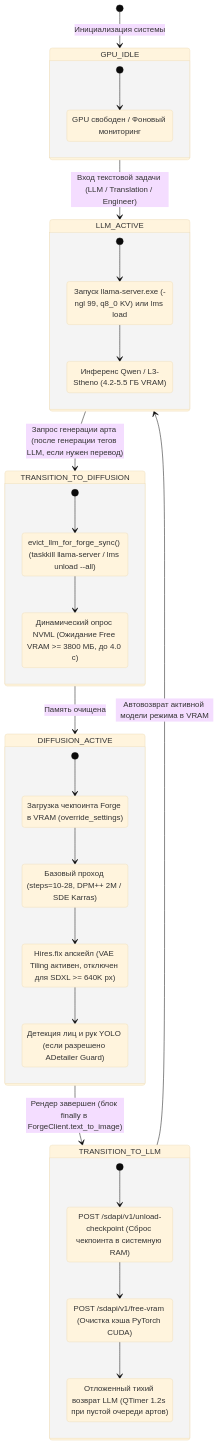
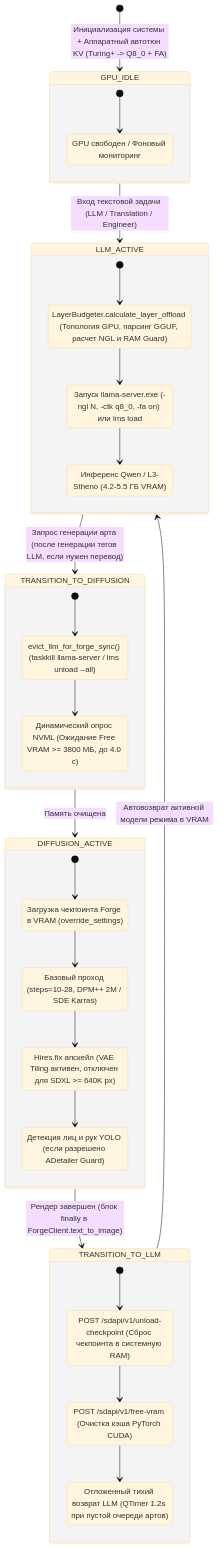
The third of 4 diagrams in docs/architecture.md (ZabotaOblizkih/NeonRoute), drawn with Mermaid (base theme) before and after one commit. The commit also changed other lines of this file and 136 other files, not shown here.

````diff
--- a/docs/architecture.md
+++ b/docs/architecture.md
@@ -428,53 +447,55 @@
 ```mermaid
 stateDiagram-v2
-    [*] --> GPU_IDLE: Инициализация системы
+    [*] --> GPU_IDLE: Инициализация системы + Аппаратный автотюн KV (Turing+ -> Q8_0 + FA)
 
     state GPU_IDLE {
         [*] --> NONE
         NONE: GPU свободен / Фоновый мониторинг
     }
 
     GPU_IDLE --> LLM_ACTIVE: Вход текстовой задачи (LLM / Translation / Engineer)
     
     state LLM_ACTIVE {
-        [*] --> LOAD_LLM
-        LOAD_LLM: Запуск llama-server.exe (-ngl 99, q8_0 KV) или lms load
+        [*] --> BUDGET_LAYERS
+        BUDGET_LAYERS: LayerBudgeter.calculate_layer_offload (Топология GPU, парсинг GGUF, расчет NGL и RAM Guard)
+        LOAD_LLM: Запуск llama-server.exe (-ngl N, -ctk q8_0, -fa on) или lms load
         HOLD_LLM: Инференс Qwen / L3-Stheno (4.2-5.5 ГБ VRAM)
+        BUDGET_LAYERS --> LOAD_LLM
         LOAD_LLM --> HOLD_LLM
     }
 
     LLM_ACTIVE --> TRANSITION_TO_DIFFUSION: Запрос генерации арта (после генерации тегов LLM, если нужен перевод)
 
     state TRANSITION_TO_DIFFUSION {
         [*] --> UNLOAD_LLM
         UNLOAD_LLM: evict_llm_for_forge_sync() (taskkill llama-server / lms unload --all)
         WAIT_WDDM: Динамический опрос NVML (Ожидание Free VRAM >= 3800 МБ, до 4.0 с)
         UNLOAD_LLM --> WAIT_WDDM
     }
 
     TRANSITION_TO_DIFFUSION --> DIFFUSION_ACTIVE: Память очищена
     
     state DIFFUSION_ACTIVE {
         [*] --> LOAD_SD
         LOAD_SD: Загрузка чекпоинта Forge в VRAM (override_settings)
         RENDER_TXT2IMG: Базовый проход (steps=10-28, DPM++ 2M / SDE Karras)
         RENDER_HIRES: Hires.fix апскейл (VAE Tiling активен, отключен для SDXL >= 640K px)
         RENDER_ADETAILER: Детекция лиц и рук YOLO (если разрешено ADetailer Guard)
         LOAD_SD --> RENDER_TXT2IMG
         RENDER_TXT2IMG --> RENDER_HIRES
         RENDER_HIRES --> RENDER_ADETAILER
     }
 
     DIFFUSION_ACTIVE --> TRANSITION_TO_LLM: Рендер завершен (блок finally в ForgeClient.text_to_image)
 
     state TRANSITION_TO_LLM {
         [*] --> UNLOAD_SD
         UNLOAD_SD: POST /sdapi/v1/unload-checkpoint (Сброс чекпоинта в системную RAM)
         PURGE_CUDA: POST /sdapi/v1/free-vram (Очистка кэша PyTorch CUDA)
         TIMER_DELAY: Отложенный тихий возврат LLM (QTimer 1.2s при пустой очереди артов)
         UNLOAD_SD --> PURGE_CUDA
         PURGE_CUDA --> TIMER_DELAY
     }
 
     TRANSITION_TO_LLM --> LLM_ACTIVE: Автовозврат активной модели режима в VRAM
 ```
````
